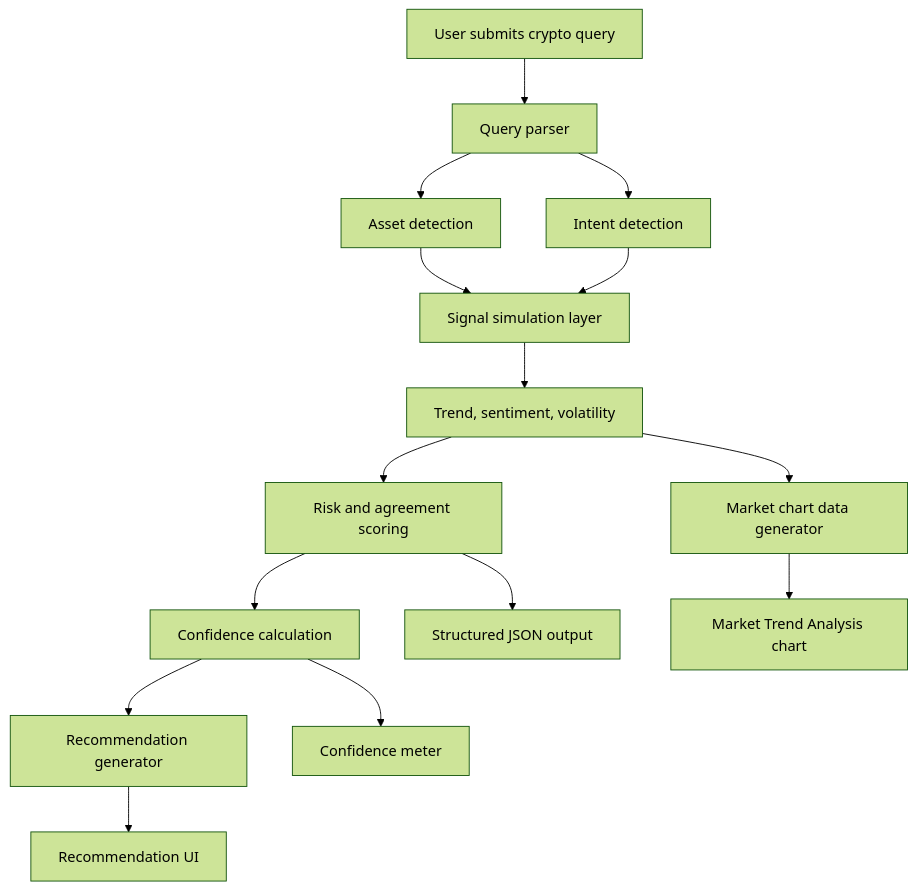
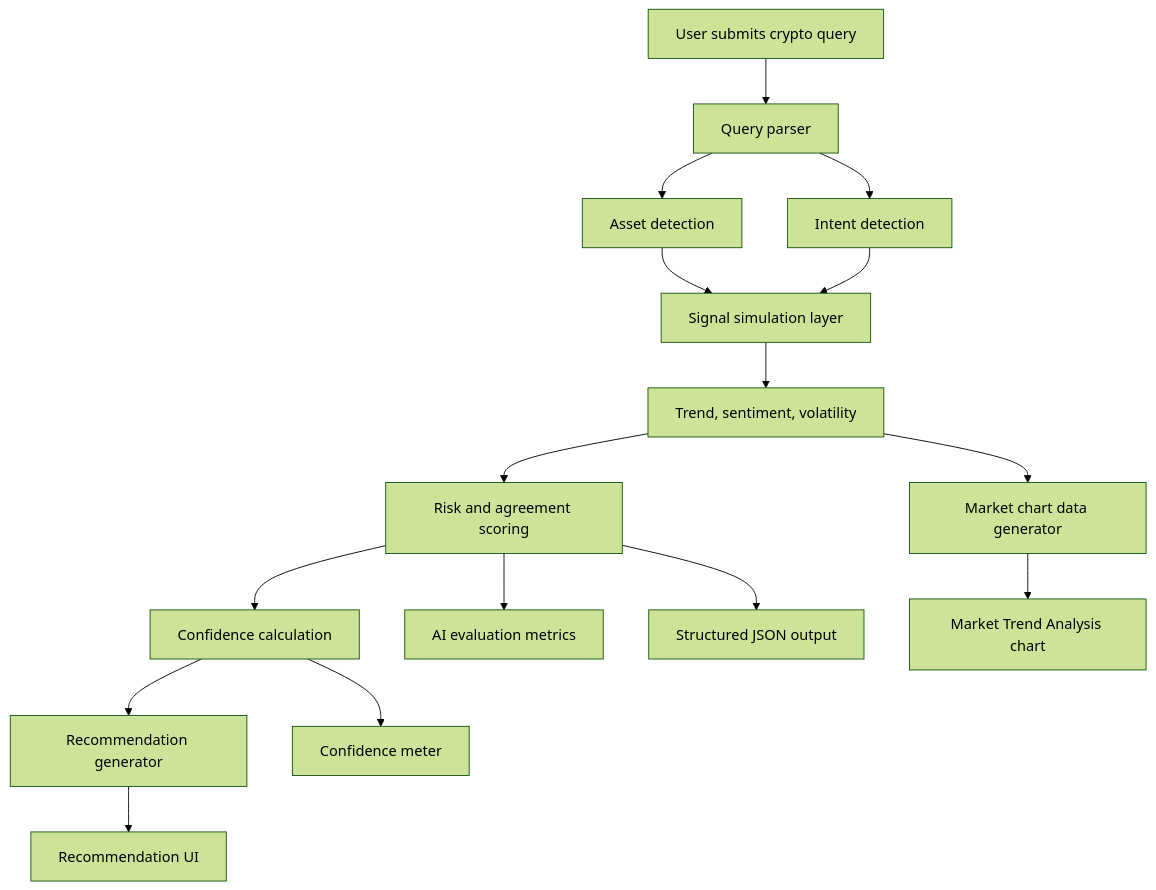
The diagram in README.md (prerak2612/CoinSage-AI), drawn with Mermaid (forest theme) before and after one commit. The commit also changed other lines of this file and 2 other files, not shown here.

Commit message:
Polish responsive AI evaluation UI

````diff
--- a/README.md
+++ b/README.md
@@ -46,17 +48,18 @@
 ```mermaid
 flowchart TD
   A["User submits crypto query"] --> B["Query parser"]
   B --> C["Asset detection"]
   B --> D["Intent detection"]
   C --> E["Signal simulation layer"]
   D --> E
   E --> F["Trend, sentiment, volatility"]
   F --> G["Risk and agreement scoring"]
   G --> H["Confidence calculation"]
   H --> I["Recommendation generator"]
   F --> J["Market chart data generator"]
   I --> K["Recommendation UI"]
   J --> L["Market Trend Analysis chart"]
   H --> M["Confidence meter"]
-  G --> N["Structured JSON output"]
+  G --> N["AI evaluation metrics"]
+  G --> O["Structured JSON output"]
 ```
````
